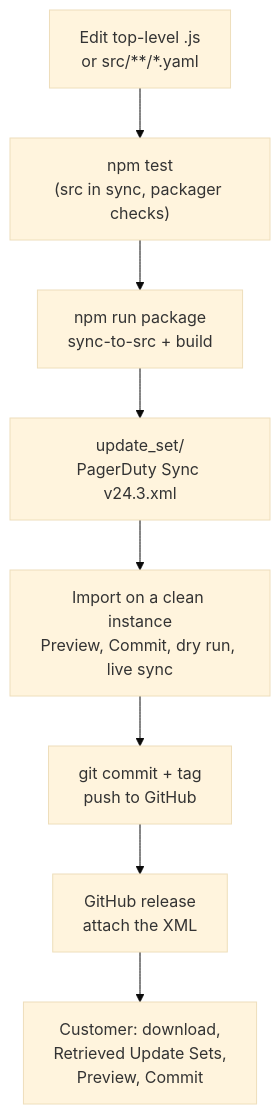
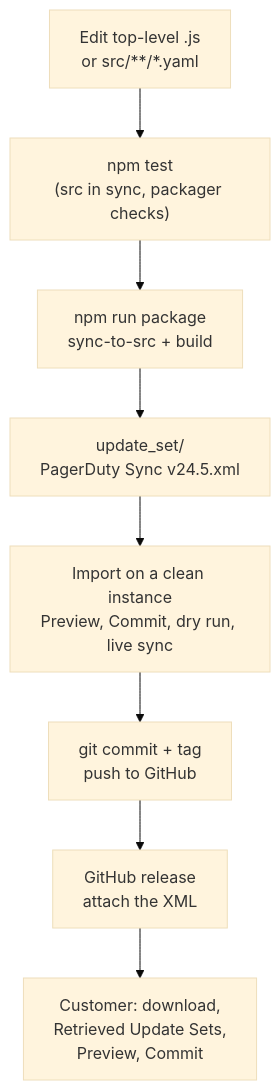
Before and after one commit to martindstone/snow-rota-sync: the fifth of 5 diagrams in README.md, drawn with Mermaid (base theme). The commit also changed other lines of this file and 7 other files, not shown here.

````diff
--- a/README.md
+++ b/README.md
@@ -325,10 +360,10 @@
 ```mermaid
 flowchart TB
   A["Edit top-level .js<br/>or src/**/*.yaml"] --> B["npm test<br/>(src in sync, packager checks)"]
   B --> C["npm run package<br/>sync-to-src + build"]
-  C --> D["update_set/<br/>PagerDuty Sync v24.3.xml"]
+  C --> D["update_set/<br/>PagerDuty Sync v24.5.xml"]
   D --> E["Import on a clean instance<br/>Preview, Commit, dry run, live sync"]
   E --> F["git commit + tag<br/>push to GitHub"]
   F --> G["GitHub release<br/>attach the XML"]
   G --> H["Customer: download,<br/>Retrieved Update Sets,<br/>Preview, Commit"]
 ```
````
